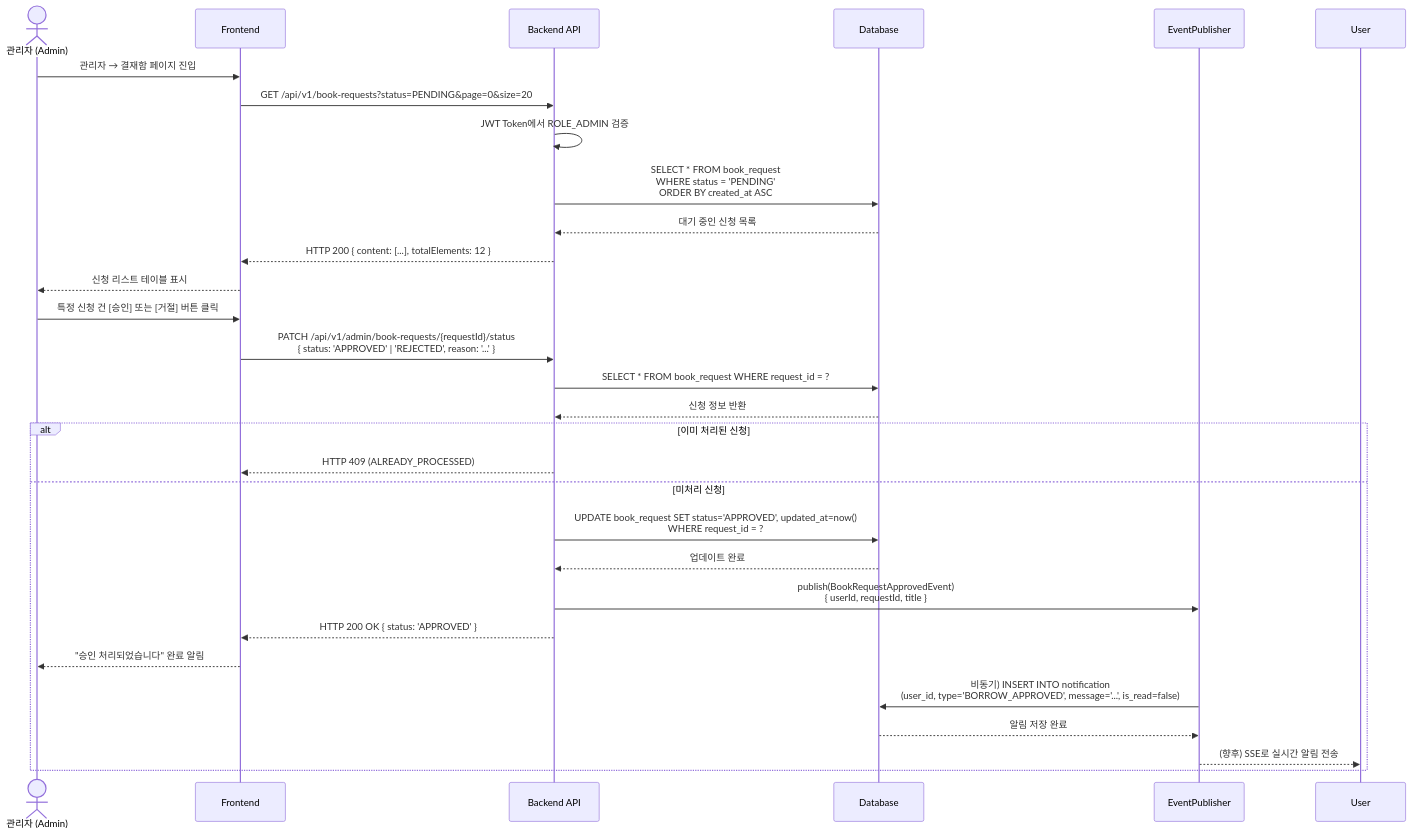
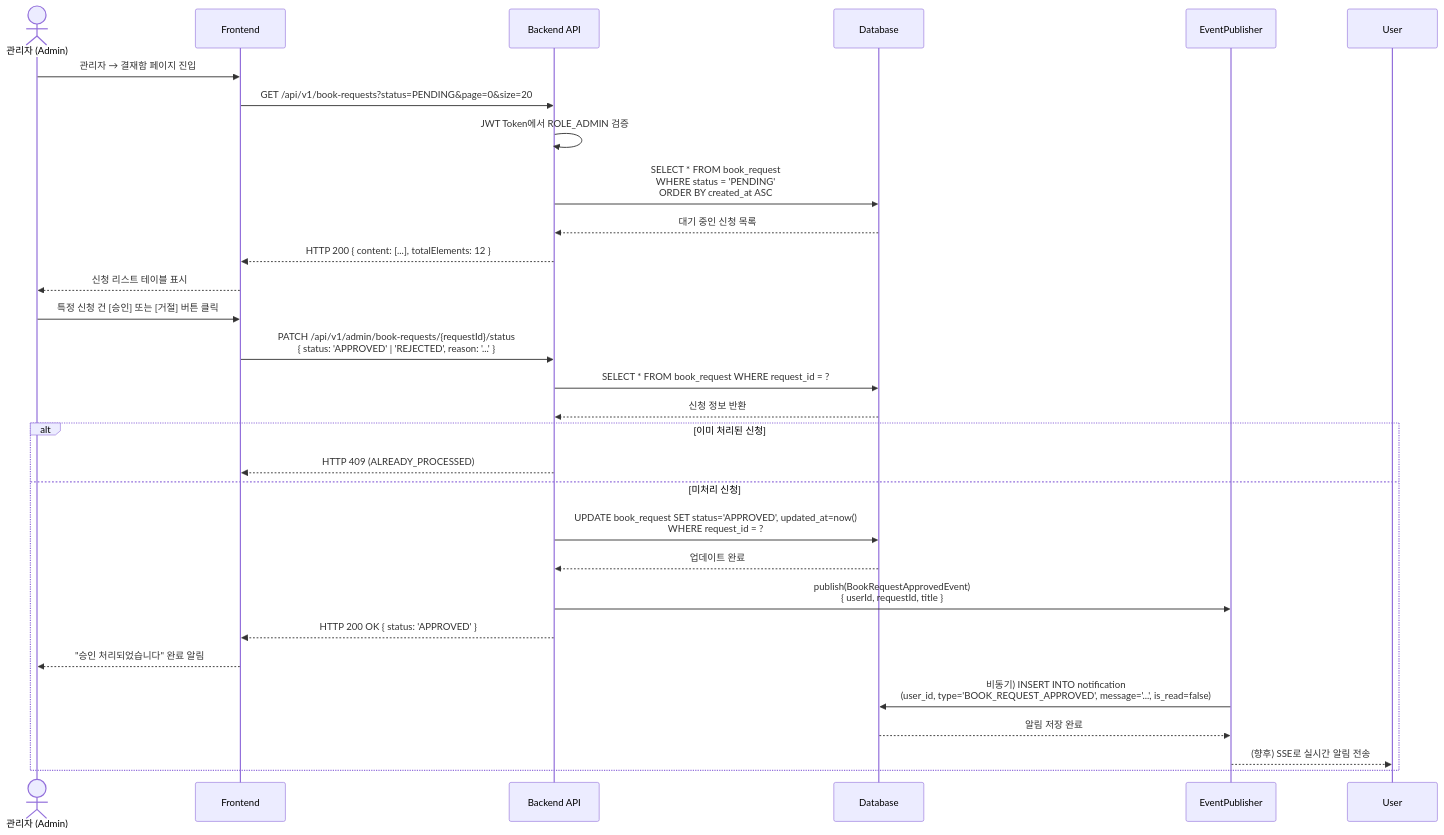
Before and after one commit to Boogieman-lab/book-management-system: the third of 5 diagrams in docs/02_design/architecture/sequence/book_request_sequence.md, drawn with Mermaid. The commit also changed other lines of this file and 2 other files, not shown here.

````diff
--- a/docs/02_design/architecture/sequence/book_request_sequence.md
+++ b/docs/02_design/architecture/sequence/book_request_sequence.md
@@ -75,42 +75,42 @@
 ```mermaid
 sequenceDiagram
     actor Admin as 관리자 (Admin)
     participant Client as Frontend
     participant Server as Backend API
     participant DB as Database
     participant Event as EventPublisher
 
     Admin->>Client: 관리자 → 결재함 페이지 진입
     Client->>Server: GET /api/v1/book-requests?status=PENDING&page=0&size=20
 
     Server->>Server: JWT Token에서 ROLE_ADMIN 검증
     Server->>DB: SELECT * FROM book_request<br>WHERE status = 'PENDING'<br>ORDER BY created_at ASC
 
     DB-->>Server: 대기 중인 신청 목록
     Server-->>Client: HTTP 200 { content: [...], totalElements: 12 }
     Client-->>Admin: 신청 리스트 테이블 표시
 
     Admin->>Client: 특정 신청 건 [승인] 또는 [거절] 버튼 클릭
 
     Client->>Server: PATCH /api/v1/admin/book-requests/{requestId}/status<br>{ status: 'APPROVED' | 'REJECTED', reason: '...' }
 
     Server->>DB: SELECT * FROM book_request WHERE request_id = ?
     DB-->>Server: 신청 정보 반환
 
     alt 이미 처리된 신청
         Server-->>Client: HTTP 409 (ALREADY_PROCESSED)
     else 미처리 신청
         Server->>DB: UPDATE book_request SET status='APPROVED', updated_at=now()<br>WHERE request_id = ?
         DB-->>Server: 업데이트 완료
 
         Server->>Event: publish(BookRequestApprovedEvent)<br>{ userId, requestId, title }
 
         Server-->>Client: HTTP 200 OK { status: 'APPROVED' }
         Client-->>Admin: "승인 처리되었습니다" 완료 알림
 
-        Event->>DB: 비동기) INSERT INTO notification<br>(user_id, type='BORROW_APPROVED', message='...', is_read=false)
+        Event->>DB: 비동기) INSERT INTO notification<br>(user_id, type='BOOK_REQUEST_APPROVED', message='...', is_read=false)
         DB-->>Event: 알림 저장 완료
 
         Event-->>User: (향후) SSE로 실시간 알림 전송
     end
 ```
````
